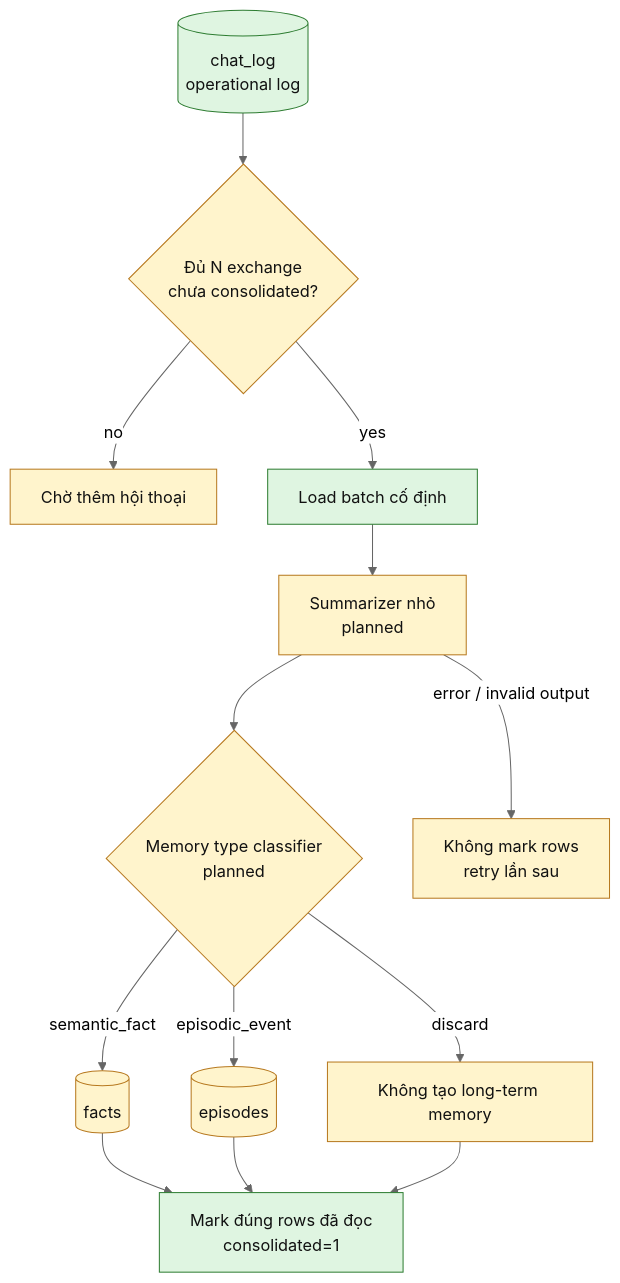
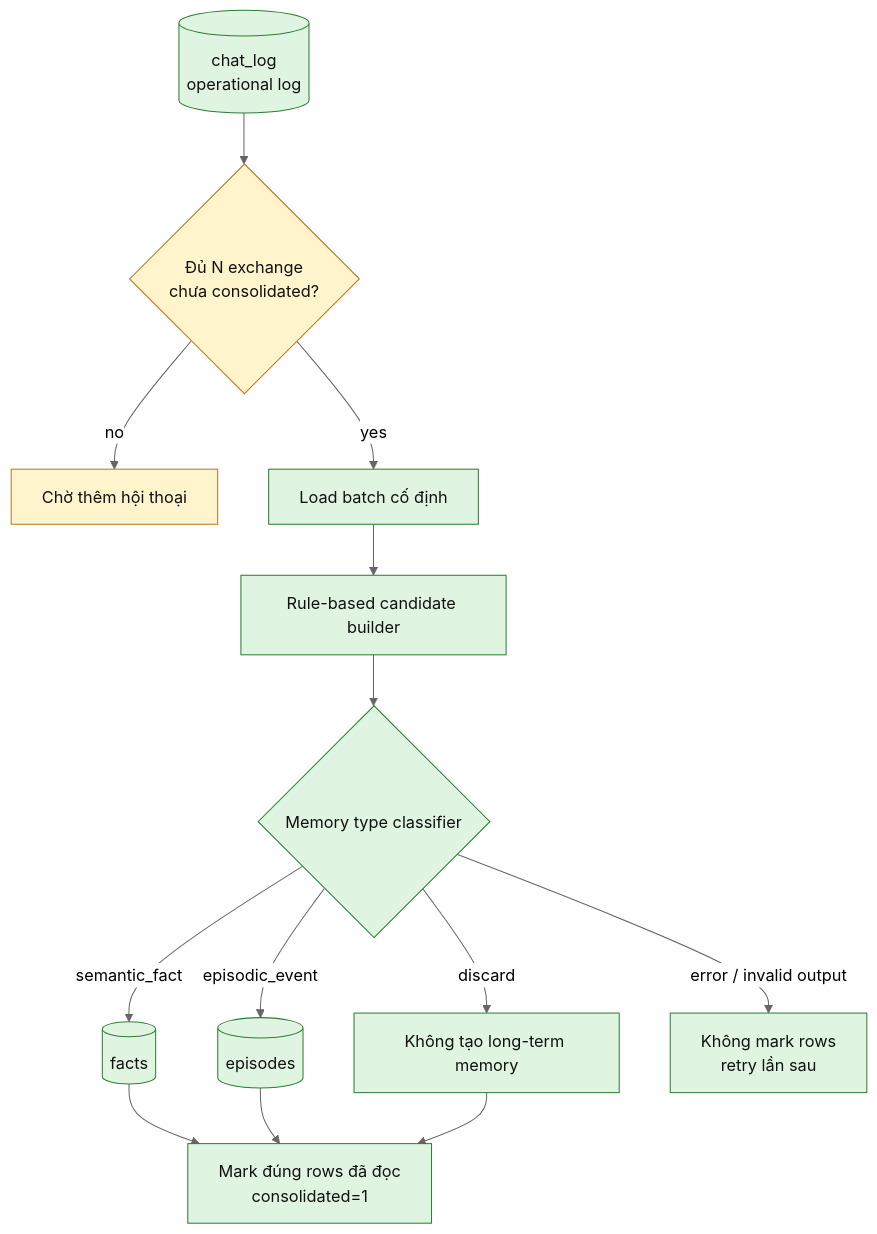
One commit to LuongAnh1/Niko_Agent changed the fifth of 7 diagrams in docs/memory/chat-memory-architecture-flow.md. Above: the diagram before and after it, drawn with Mermaid (neutral theme). The commit also changed other lines of this file and 14 other files, not shown here.

````diff
--- a/docs/memory/chat-memory-architecture-flow.md
+++ b/docs/memory/chat-memory-architecture-flow.md
@@ -171,21 +171,21 @@
 ```mermaid
 flowchart TB
     ChatLog[(chat_log<br/>operational log)] --> Threshold{Đủ N exchange<br/>chưa consolidated?}
     Threshold -->|no| Wait[Chờ thêm hội thoại]
     Threshold -->|yes| Batch[Load batch cố định]
-    Batch --> Summarizer[Summarizer nhỏ<br/>planned]
-    Summarizer --> Classifier{Memory type classifier<br/>planned}
+    Batch --> CandidateBuilder[Rule-based candidate builder]
+    CandidateBuilder --> Classifier{Memory type classifier}
     Classifier -->|semantic_fact| Facts[(facts)]
     Classifier -->|episodic_event| Episodes[(episodes)]
     Classifier -->|discard| NoMemory[Không tạo long-term memory]
     Facts --> Mark[Mark đúng rows đã đọc<br/>consolidated=1]
     Episodes --> Mark
     NoMemory --> Mark
-    Summarizer -->|error / invalid output| Retry[Không mark rows<br/>retry lần sau]
+    Classifier -->|error / invalid output| Retry[Không mark rows<br/>retry lần sau]
 
     classDef done fill:#dff5e1,stroke:#2e7d32,color:#111;
     classDef planned fill:#fff4cc,stroke:#b7791f,color:#111;
 
-    class ChatLog,Batch,Mark done;
-    class Threshold,Wait,Summarizer,Classifier,Facts,Episodes,NoMemory,Retry planned;
+    class ChatLog,Batch,CandidateBuilder,Classifier,Facts,Episodes,NoMemory,Mark,Retry done;
+    class Threshold,Wait planned;
 ```
````
